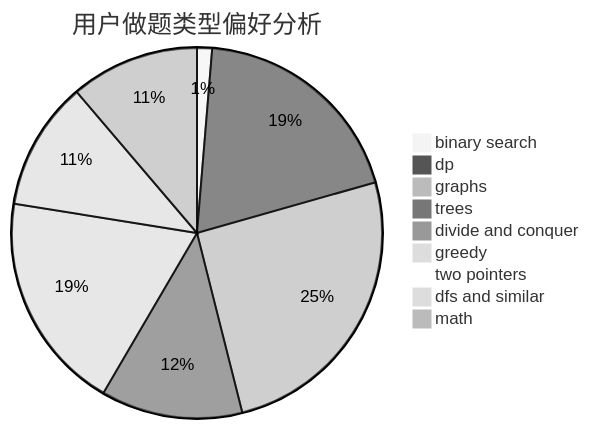
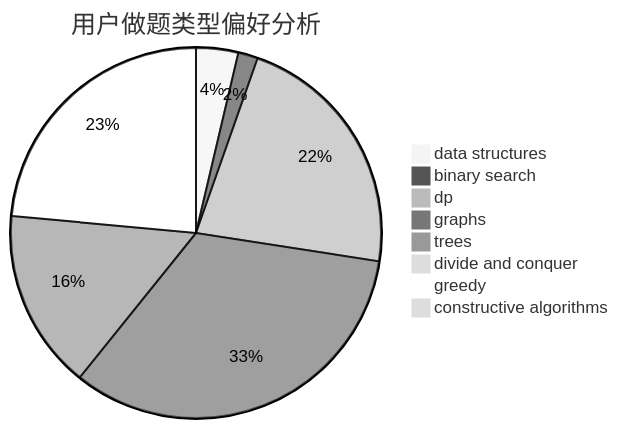
One commit to sherpahu/cfrs.github.io changed the second of 3 diagrams in docs/user/u433.md. Above: the diagram before and after it, drawn with Mermaid (neutral theme). The commit also changed other lines of this file and 2775 other files, not shown here.

````diff
--- a/docs/user/u433.md
+++ b/docs/user/u433.md
@@ -23,12 +23,11 @@
 ```mermaid
 pie title 用户做题类型偏好分析
+    "data structures" :  15
     "binary search" :  7
-    "dp" :  103
+    "dp" :  90
     "graphs" :  136
-    "trees" :  66
+    "trees" :  64
     "divide and conquer" :  0
-    "greedy" :  102
-    "two pointers" :  0
-    "dfs and similar" :  60
-    "math" :  60
+    "greedy" :  96
+    "constructive algorithms" :  4
 ```
````
